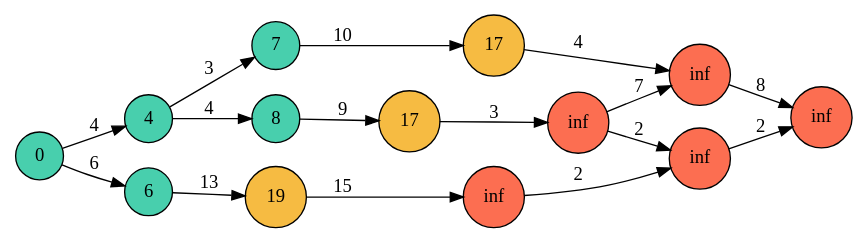
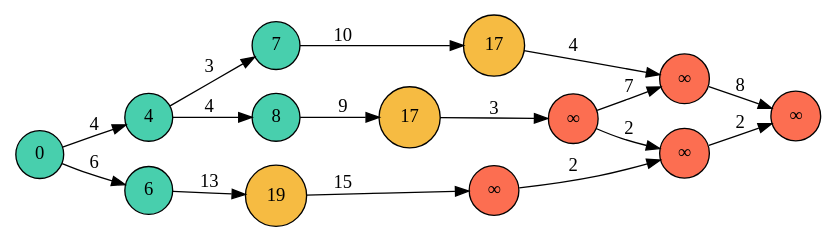
Before and after one commit to khovanskiy/bachelor-thesis: the diagram in documents/thesis/images/dijkstra_example.dot, drawn with Graphviz. The commit also changed 12 other files, not shown here.

```diff
--- a/documents/thesis/images/dijkstra_example.dot
+++ b/documents/thesis/images/dijkstra_example.dot
@@ -1,37 +1,37 @@
 # train 		= 3bafda
 # local train 	= 48cfad
 # bus 			= ea89bf
 # taxi			= f6bb42
 # plane			= fc6e51
 digraph example {
 	rankdir = LR;
 	node [style=filled, shape=circle];
 	A [label="0", fillcolor="#48cfad"];
 	B [label="4", fillcolor="#48cfad"];
 	C [label="6", fillcolor="#48cfad"];
 	D [label="7", fillcolor="#48cfad"];
 	E [label="8", fillcolor="#48cfad"];
 	F [label="17", fillcolor="#f6bb42"];
 	G [label="17", fillcolor="#f6bb42"];
 	H [label="19", fillcolor="#f6bb42"];
-	I [label="inf", fillcolor="#fc6e51"];
-	J [label="inf", fillcolor="#fc6e51"];
-	K [label="inf", fillcolor="#fc6e51"];
-	L [label="inf", fillcolor="#fc6e51"];
-	M [label="inf", fillcolor="#fc6e51"];
+	I [label="∞", fillcolor="#fc6e51"];
+	J [label="∞", fillcolor="#fc6e51"];
+	K [label="∞", fillcolor="#fc6e51"];
+	L [label="∞", fillcolor="#fc6e51"];
+	M [label="∞", fillcolor="#fc6e51"];
 	A->B [label="4"];
 	A->C [label="6"];
 	B->D [label="3"];
 	B->E [label="4"];
 	D->F [label="10"];
 	E->G [label="9"];
 	C->H [label="13"];
 	F->I [label="4"];
 	G->J [label="3"];
 	H->K [label="15"];
 	I->M [label="8"];
 	J->I [label="7"];
 	J->L [label="2"];
 	K->L [label="2"];
 	L->M [label="2"];
 }
```
